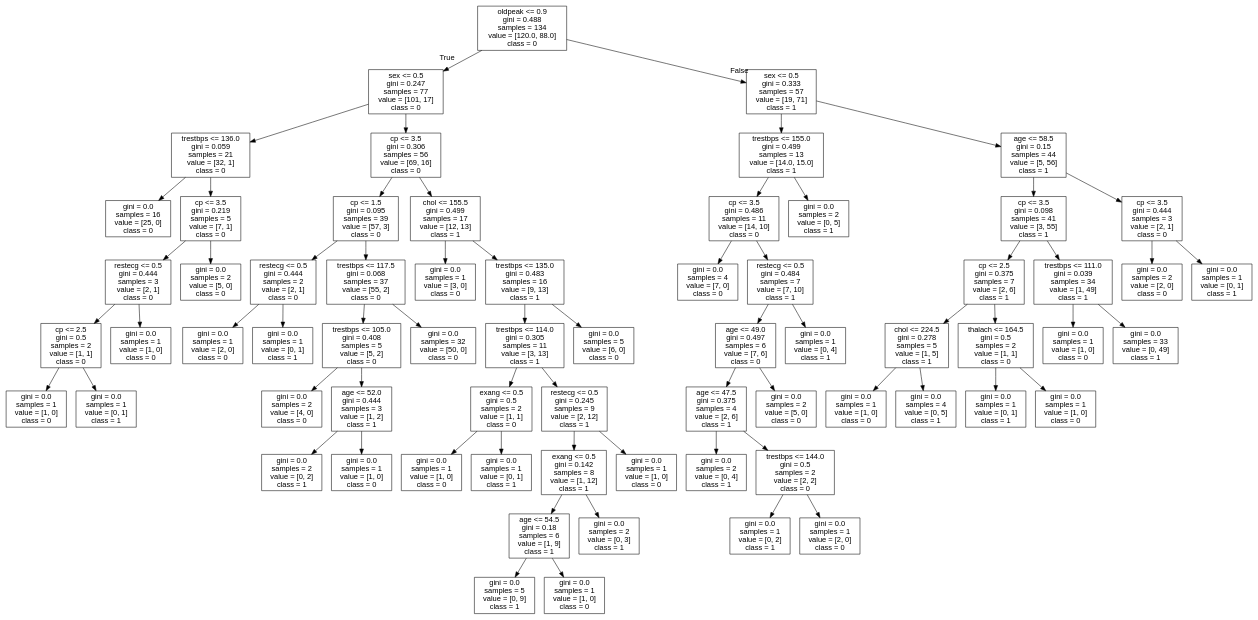
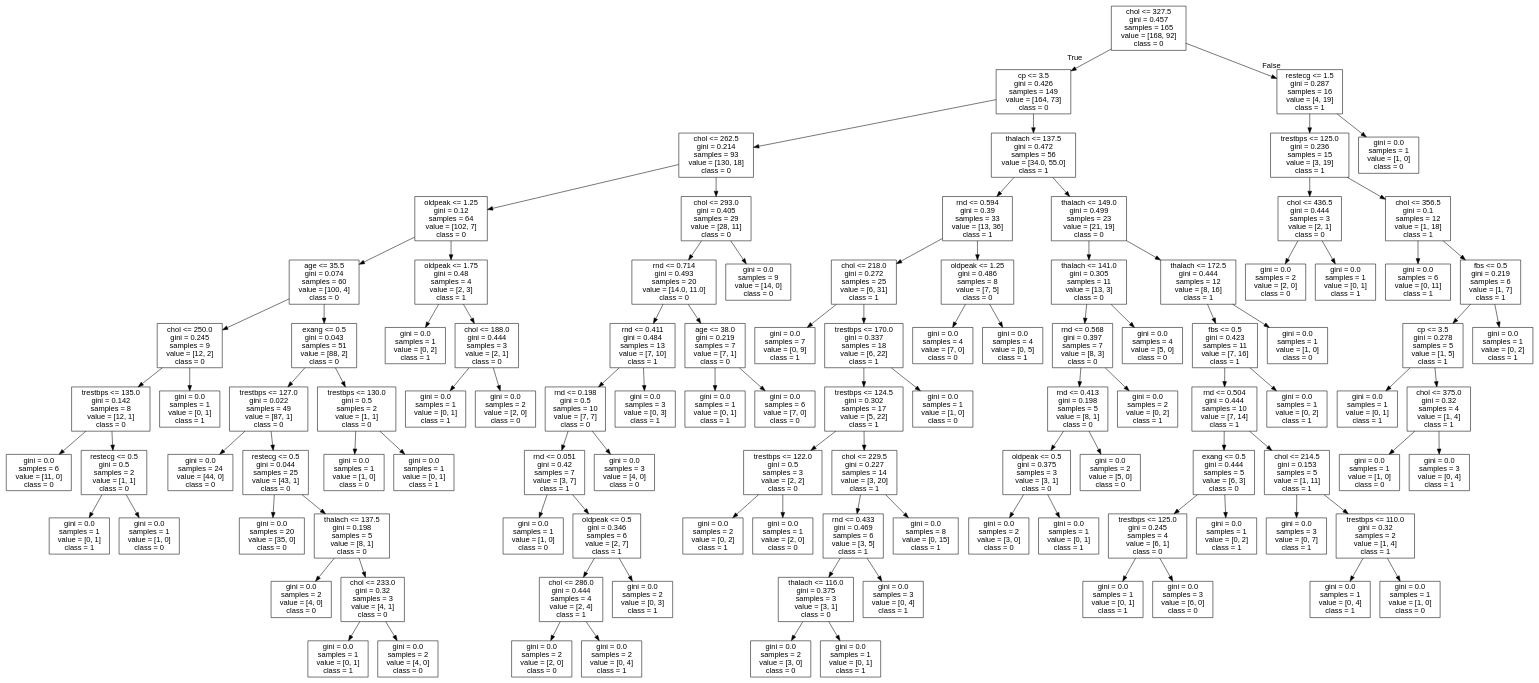
The diagram in data/heartdisease/tree.dot (cyrilvincent/ML), drawn with Graphviz before and after one commit. The commit also changed 2 other files, not shown here.

```diff
--- a/data/heartdisease/tree.dot
+++ b/data/heartdisease/tree.dot
@@ -1,137 +1,217 @@
 digraph Tree {
 node [shape=box, fontname="helvetica"] ;
 edge [fontname="helvetica"] ;
-0 [label="oldpeak <= 0.9\ngini = 0.488\nsamples = 134\nvalue = [120.0, 88.0]\nclass = 0"] ;
-1 [label="sex <= 0.5\ngini = 0.247\nsamples = 77\nvalue = [101, 17]\nclass = 0"] ;
+0 [label="chol <= 327.5\ngini = 0.457\nsamples = 165\nvalue = [168, 92]\nclass = 0"] ;
+1 [label="cp <= 3.5\ngini = 0.426\nsamples = 149\nvalue = [164, 73]\nclass = 0"] ;
 0 -> 1 [labeldistance=2.5, labelangle=45, headlabel="True"] ;
-2 [label="trestbps <= 136.0\ngini = 0.059\nsamples = 21\nvalue = [32, 1]\nclass = 0"] ;
+2 [label="chol <= 262.5\ngini = 0.214\nsamples = 93\nvalue = [130, 18]\nclass = 0"] ;
 1 -> 2 ;
-3 [label="gini = 0.0\nsamples = 16\nvalue = [25, 0]\nclass = 0"] ;
+3 [label="oldpeak <= 1.25\ngini = 0.12\nsamples = 64\nvalue = [102, 7]\nclass = 0"] ;
 2 -> 3 ;
-4 [label="cp <= 3.5\ngini = 0.219\nsamples = 5\nvalue = [7, 1]\nclass = 0"] ;
-2 -> 4 ;
-5 [label="restecg <= 0.5\ngini = 0.444\nsamples = 3\nvalue = [2, 1]\nclass = 0"] ;
+4 [label="age <= 35.5\ngini = 0.074\nsamples = 60\nvalue = [100, 4]\nclass = 0"] ;
+3 -> 4 ;
+5 [label="chol <= 250.0\ngini = 0.245\nsamples = 9\nvalue = [12, 2]\nclass = 0"] ;
 4 -> 5 ;
-6 [label="cp <= 2.5\ngini = 0.5\nsamples = 2\nvalue = [1, 1]\nclass = 0"] ;
+6 [label="trestbps <= 135.0\ngini = 0.142\nsamples = 8\nvalue = [12, 1]\nclass = 0"] ;
 5 -> 6 ;
-7 [label="gini = 0.0\nsamples = 1\nvalue = [1, 0]\nclass = 0"] ;
+7 [label="gini = 0.0\nsamples = 6\nvalue = [11, 0]\nclass = 0"] ;
 6 -> 7 ;
-8 [label="gini = 0.0\nsamples = 1\nvalue = [0, 1]\nclass = 1"] ;
+8 [label="restecg <= 0.5\ngini = 0.5\nsamples = 2\nvalue = [1, 1]\nclass = 0"] ;
 6 -> 8 ;
-9 [label="gini = 0.0\nsamples = 1\nvalue = [1, 0]\nclass = 0"] ;
-5 -> 9 ;
-10 [label="gini = 0.0\nsamples = 2\nvalue = [5, 0]\nclass = 0"] ;
-4 -> 10 ;
-11 [label="cp <= 3.5\ngini = 0.306\nsamples = 56\nvalue = [69, 16]\nclass = 0"] ;
-1 -> 11 ;
-12 [label="cp <= 1.5\ngini = 0.095\nsamples = 39\nvalue = [57, 3]\nclass = 0"] ;
-11 -> 12 ;
-13 [label="restecg <= 0.5\ngini = 0.444\nsamples = 2\nvalue = [2, 1]\nclass = 0"] ;
+9 [label="gini = 0.0\nsamples = 1\nvalue = [0, 1]\nclass = 1"] ;
+8 -> 9 ;
+10 [label="gini = 0.0\nsamples = 1\nvalue = [1, 0]\nclass = 0"] ;
+8 -> 10 ;
+11 [label="gini = 0.0\nsamples = 1\nvalue = [0, 1]\nclass = 1"] ;
+5 -> 11 ;
+12 [label="exang <= 0.5\ngini = 0.043\nsamples = 51\nvalue = [88, 2]\nclass = 0"] ;
+4 -> 12 ;
+13 [label="trestbps <= 127.0\ngini = 0.022\nsamples = 49\nvalue = [87, 1]\nclass = 0"] ;
 12 -> 13 ;
-14 [label="gini = 0.0\nsamples = 1\nvalue = [2, 0]\nclass = 0"] ;
+14 [label="gini = 0.0\nsamples = 24\nvalue = [44, 0]\nclass = 0"] ;
 13 -> 14 ;
-15 [label="gini = 0.0\nsamples = 1\nvalue = [0, 1]\nclass = 1"] ;
+15 [label="restecg <= 0.5\ngini = 0.044\nsamples = 25\nvalue = [43, 1]\nclass = 0"] ;
 13 -> 15 ;
-16 [label="trestbps <= 117.5\ngini = 0.068\nsamples = 37\nvalue = [55, 2]\nclass = 0"] ;
-12 -> 16 ;
-17 [label="trestbps <= 105.0\ngini = 0.408\nsamples = 5\nvalue = [5, 2]\nclass = 0"] ;
-16 -> 17 ;
+16 [label="gini = 0.0\nsamples = 20\nvalue = [35, 0]\nclass = 0"] ;
+15 -> 16 ;
+17 [label="thalach <= 137.5\ngini = 0.198\nsamples = 5\nvalue = [8, 1]\nclass = 0"] ;
+15 -> 17 ;
 18 [label="gini = 0.0\nsamples = 2\nvalue = [4, 0]\nclass = 0"] ;
 17 -> 18 ;
-19 [label="age <= 52.0\ngini = 0.444\nsamples = 3\nvalue = [1, 2]\nclass = 1"] ;
+19 [label="chol <= 233.0\ngini = 0.32\nsamples = 3\nvalue = [4, 1]\nclass = 0"] ;
 17 -> 19 ;
-20 [label="gini = 0.0\nsamples = 2\nvalue = [0, 2]\nclass = 1"] ;
+20 [label="gini = 0.0\nsamples = 1\nvalue = [0, 1]\nclass = 1"] ;
 19 -> 20 ;
-21 [label="gini = 0.0\nsamples = 1\nvalue = [1, 0]\nclass = 0"] ;
+21 [label="gini = 0.0\nsamples = 2\nvalue = [4, 0]\nclass = 0"] ;
 19 -> 21 ;
-22 [label="gini = 0.0\nsamples = 32\nvalue = [50, 0]\nclass = 0"] ;
-16 -> 22 ;
-23 [label="chol <= 155.5\ngini = 0.499\nsamples = 17\nvalue = [12, 13]\nclass = 1"] ;
-11 -> 23 ;
-24 [label="gini = 0.0\nsamples = 1\nvalue = [3, 0]\nclass = 0"] ;
-23 -> 24 ;
-25 [label="trestbps <= 135.0\ngini = 0.483\nsamples = 16\nvalue = [9, 13]\nclass = 1"] ;
-23 -> 25 ;
-26 [label="trestbps <= 114.0\ngini = 0.305\nsamples = 11\nvalue = [3, 13]\nclass = 1"] ;
+22 [label="trestbps <= 130.0\ngini = 0.5\nsamples = 2\nvalue = [1, 1]\nclass = 0"] ;
+12 -> 22 ;
+23 [label="gini = 0.0\nsamples = 1\nvalue = [1, 0]\nclass = 0"] ;
+22 -> 23 ;
+24 [label="gini = 0.0\nsamples = 1\nvalue = [0, 1]\nclass = 1"] ;
+22 -> 24 ;
+25 [label="oldpeak <= 1.75\ngini = 0.48\nsamples = 4\nvalue = [2, 3]\nclass = 1"] ;
+3 -> 25 ;
+26 [label="gini = 0.0\nsamples = 1\nvalue = [0, 2]\nclass = 1"] ;
 25 -> 26 ;
-27 [label="exang <= 0.5\ngini = 0.5\nsamples = 2\nvalue = [1, 1]\nclass = 0"] ;
-26 -> 27 ;
-28 [label="gini = 0.0\nsamples = 1\nvalue = [1, 0]\nclass = 0"] ;
+27 [label="chol <= 188.0\ngini = 0.444\nsamples = 3\nvalue = [2, 1]\nclass = 0"] ;
+25 -> 27 ;
+28 [label="gini = 0.0\nsamples = 1\nvalue = [0, 1]\nclass = 1"] ;
 27 -> 28 ;
-29 [label="gini = 0.0\nsamples = 1\nvalue = [0, 1]\nclass = 1"] ;
+29 [label="gini = 0.0\nsamples = 2\nvalue = [2, 0]\nclass = 0"] ;
 27 -> 29 ;
-30 [label="restecg <= 0.5\ngini = 0.245\nsamples = 9\nvalue = [2, 12]\nclass = 1"] ;
-26 -> 30 ;
-31 [label="exang <= 0.5\ngini = 0.142\nsamples = 8\nvalue = [1, 12]\nclass = 1"] ;
+30 [label="chol <= 293.0\ngini = 0.405\nsamples = 29\nvalue = [28, 11]\nclass = 0"] ;
+2 -> 30 ;
+31 [label="rnd <= 0.714\ngini = 0.493\nsamples = 20\nvalue = [14.0, 11.0]\nclass = 0"] ;
 30 -> 31 ;
-32 [label="age <= 54.5\ngini = 0.18\nsamples = 6\nvalue = [1, 9]\nclass = 1"] ;
+32 [label="rnd <= 0.411\ngini = 0.484\nsamples = 13\nvalue = [7, 10]\nclass = 1"] ;
 31 -> 32 ;
-33 [label="gini = 0.0\nsamples = 5\nvalue = [0, 9]\nclass = 1"] ;
+33 [label="rnd <= 0.198\ngini = 0.5\nsamples = 10\nvalue = [7, 7]\nclass = 0"] ;
 32 -> 33 ;
-34 [label="gini = 0.0\nsamples = 1\nvalue = [1, 0]\nclass = 0"] ;
-32 -> 34 ;
-35 [label="gini = 0.0\nsamples = 2\nvalue = [0, 3]\nclass = 1"] ;
-31 -> 35 ;
-36 [label="gini = 0.0\nsamples = 1\nvalue = [1, 0]\nclass = 0"] ;
-30 -> 36 ;
-37 [label="gini = 0.0\nsamples = 5\nvalue = [6, 0]\nclass = 0"] ;
-25 -> 37 ;
-38 [label="sex <= 0.5\ngini = 0.333\nsamples = 57\nvalue = [19, 71]\nclass = 1"] ;
-0 -> 38 [labeldistance=2.5, labelangle=-45, headlabel="False"] ;
-39 [label="trestbps <= 155.0\ngini = 0.499\nsamples = 13\nvalue = [14.0, 15.0]\nclass = 1"] ;
-38 -> 39 ;
-40 [label="cp <= 3.5\ngini = 0.486\nsamples = 11\nvalue = [14, 10]\nclass = 0"] ;
-39 -> 40 ;
-41 [label="gini = 0.0\nsamples = 4\nvalue = [7, 0]\nclass = 0"] ;
-40 -> 41 ;
-42 [label="restecg <= 0.5\ngini = 0.484\nsamples = 7\nvalue = [7, 10]\nclass = 1"] ;
-40 -> 42 ;
-43 [label="age <= 49.0\ngini = 0.497\nsamples = 6\nvalue = [7, 6]\nclass = 0"] ;
-42 -> 43 ;
-44 [label="age <= 47.5\ngini = 0.375\nsamples = 4\nvalue = [2, 6]\nclass = 1"] ;
+34 [label="rnd <= 0.051\ngini = 0.42\nsamples = 7\nvalue = [3, 7]\nclass = 1"] ;
+33 -> 34 ;
+35 [label="gini = 0.0\nsamples = 1\nvalue = [1, 0]\nclass = 0"] ;
+34 -> 35 ;
+36 [label="oldpeak <= 0.5\ngini = 0.346\nsamples = 6\nvalue = [2, 7]\nclass = 1"] ;
+34 -> 36 ;
+37 [label="chol <= 286.0\ngini = 0.444\nsamples = 4\nvalue = [2, 4]\nclass = 1"] ;
+36 -> 37 ;
+38 [label="gini = 0.0\nsamples = 2\nvalue = [2, 0]\nclass = 0"] ;
+37 -> 38 ;
+39 [label="gini = 0.0\nsamples = 2\nvalue = [0, 4]\nclass = 1"] ;
+37 -> 39 ;
+40 [label="gini = 0.0\nsamples = 2\nvalue = [0, 3]\nclass = 1"] ;
+36 -> 40 ;
+41 [label="gini = 0.0\nsamples = 3\nvalue = [4, 0]\nclass = 0"] ;
+33 -> 41 ;
+42 [label="gini = 0.0\nsamples = 3\nvalue = [0, 3]\nclass = 1"] ;
+32 -> 42 ;
+43 [label="age <= 38.0\ngini = 0.219\nsamples = 7\nvalue = [7, 1]\nclass = 0"] ;
+31 -> 43 ;
+44 [label="gini = 0.0\nsamples = 1\nvalue = [0, 1]\nclass = 1"] ;
 43 -> 44 ;
-45 [label="gini = 0.0\nsamples = 2\nvalue = [0, 4]\nclass = 1"] ;
-44 -> 45 ;
-46 [label="trestbps <= 144.0\ngini = 0.5\nsamples = 2\nvalue = [2, 2]\nclass = 0"] ;
-44 -> 46 ;
-47 [label="gini = 0.0\nsamples = 1\nvalue = [0, 2]\nclass = 1"] ;
-46 -> 47 ;
-48 [label="gini = 0.0\nsamples = 1\nvalue = [2, 0]\nclass = 0"] ;
-46 -> 48 ;
-49 [label="gini = 0.0\nsamples = 2\nvalue = [5, 0]\nclass = 0"] ;
-43 -> 49 ;
-50 [label="gini = 0.0\nsamples = 1\nvalue = [0, 4]\nclass = 1"] ;
-42 -> 50 ;
-51 [label="gini = 0.0\nsamples = 2\nvalue = [0, 5]\nclass = 1"] ;
-39 -> 51 ;
-52 [label="age <= 58.5\ngini = 0.15\nsamples = 44\nvalue = [5, 56]\nclass = 1"] ;
-38 -> 52 ;
-53 [label="cp <= 3.5\ngini = 0.098\nsamples = 41\nvalue = [3, 55]\nclass = 1"] ;
+45 [label="gini = 0.0\nsamples = 6\nvalue = [7, 0]\nclass = 0"] ;
+43 -> 45 ;
+46 [label="gini = 0.0\nsamples = 9\nvalue = [14, 0]\nclass = 0"] ;
+30 -> 46 ;
+47 [label="thalach <= 137.5\ngini = 0.472\nsamples = 56\nvalue = [34.0, 55.0]\nclass = 1"] ;
+1 -> 47 ;
+48 [label="rnd <= 0.594\ngini = 0.39\nsamples = 33\nvalue = [13, 36]\nclass = 1"] ;
+47 -> 48 ;
+49 [label="chol <= 218.0\ngini = 0.272\nsamples = 25\nvalue = [6, 31]\nclass = 1"] ;
+48 -> 49 ;
+50 [label="gini = 0.0\nsamples = 7\nvalue = [0, 9]\nclass = 1"] ;
+49 -> 50 ;
+51 [label="trestbps <= 170.0\ngini = 0.337\nsamples = 18\nvalue = [6, 22]\nclass = 1"] ;
+49 -> 51 ;
+52 [label="trestbps <= 124.5\ngini = 0.302\nsamples = 17\nvalue = [5, 22]\nclass = 1"] ;
+51 -> 52 ;
+53 [label="trestbps <= 122.0\ngini = 0.5\nsamples = 3\nvalue = [2, 2]\nclass = 0"] ;
 52 -> 53 ;
-54 [label="cp <= 2.5\ngini = 0.375\nsamples = 7\nvalue = [2, 6]\nclass = 1"] ;
+54 [label="gini = 0.0\nsamples = 2\nvalue = [0, 2]\nclass = 1"] ;
 53 -> 54 ;
-55 [label="chol <= 224.5\ngini = 0.278\nsamples = 5\nvalue = [1, 5]\nclass = 1"] ;
-54 -> 55 ;
-56 [label="gini = 0.0\nsamples = 1\nvalue = [1, 0]\nclass = 0"] ;
-55 -> 56 ;
-57 [label="gini = 0.0\nsamples = 4\nvalue = [0, 5]\nclass = 1"] ;
-55 -> 57 ;
-58 [label="thalach <= 164.5\ngini = 0.5\nsamples = 2\nvalue = [1, 1]\nclass = 0"] ;
-54 -> 58 ;
-59 [label="gini = 0.0\nsamples = 1\nvalue = [0, 1]\nclass = 1"] ;
+55 [label="gini = 0.0\nsamples = 1\nvalue = [2, 0]\nclass = 0"] ;
+53 -> 55 ;
+56 [label="chol <= 229.5\ngini = 0.227\nsamples = 14\nvalue = [3, 20]\nclass = 1"] ;
+52 -> 56 ;
+57 [label="rnd <= 0.433\ngini = 0.469\nsamples = 6\nvalue = [3, 5]\nclass = 1"] ;
+56 -> 57 ;
+58 [label="thalach <= 116.0\ngini = 0.375\nsamples = 3\nvalue = [3, 1]\nclass = 0"] ;
+57 -> 58 ;
+59 [label="gini = 0.0\nsamples = 2\nvalue = [3, 0]\nclass = 0"] ;
 58 -> 59 ;
-60 [label="gini = 0.0\nsamples = 1\nvalue = [1, 0]\nclass = 0"] ;
+60 [label="gini = 0.0\nsamples = 1\nvalue = [0, 1]\nclass = 1"] ;
 58 -> 60 ;
-61 [label="trestbps <= 111.0\ngini = 0.039\nsamples = 34\nvalue = [1, 49]\nclass = 1"] ;
-53 -> 61 ;
-62 [label="gini = 0.0\nsamples = 1\nvalue = [1, 0]\nclass = 0"] ;
-61 -> 62 ;
-63 [label="gini = 0.0\nsamples = 33\nvalue = [0, 49]\nclass = 1"] ;
-61 -> 63 ;
-64 [label="cp <= 3.5\ngini = 0.444\nsamples = 3\nvalue = [2, 1]\nclass = 0"] ;
-52 -> 64 ;
-65 [label="gini = 0.0\nsamples = 2\nvalue = [2, 0]\nclass = 0"] ;
+61 [label="gini = 0.0\nsamples = 3\nvalue = [0, 4]\nclass = 1"] ;
+57 -> 61 ;
+62 [label="gini = 0.0\nsamples = 8\nvalue = [0, 15]\nclass = 1"] ;
+56 -> 62 ;
+63 [label="gini = 0.0\nsamples = 1\nvalue = [1, 0]\nclass = 0"] ;
+51 -> 63 ;
+64 [label="oldpeak <= 1.25\ngini = 0.486\nsamples = 8\nvalue = [7, 5]\nclass = 0"] ;
+48 -> 64 ;
+65 [label="gini = 0.0\nsamples = 4\nvalue = [7, 0]\nclass = 0"] ;
 64 -> 65 ;
-66 [label="gini = 0.0\nsamples = 1\nvalue = [0, 1]\nclass = 1"] ;
+66 [label="gini = 0.0\nsamples = 4\nvalue = [0, 5]\nclass = 1"] ;
 64 -> 66 ;
+67 [label="thalach <= 149.0\ngini = 0.499\nsamples = 23\nvalue = [21, 19]\nclass = 0"] ;
+47 -> 67 ;
+68 [label="thalach <= 141.0\ngini = 0.305\nsamples = 11\nvalue = [13, 3]\nclass = 0"] ;
+67 -> 68 ;
+69 [label="rnd <= 0.568\ngini = 0.397\nsamples = 7\nvalue = [8, 3]\nclass = 0"] ;
+68 -> 69 ;
+70 [label="rnd <= 0.413\ngini = 0.198\nsamples = 5\nvalue = [8, 1]\nclass = 0"] ;
+69 -> 70 ;
+71 [label="oldpeak <= 0.5\ngini = 0.375\nsamples = 3\nvalue = [3, 1]\nclass = 0"] ;
+70 -> 71 ;
+72 [label="gini = 0.0\nsamples = 2\nvalue = [3, 0]\nclass = 0"] ;
+71 -> 72 ;
+73 [label="gini = 0.0\nsamples = 1\nvalue = [0, 1]\nclass = 1"] ;
+71 -> 73 ;
+74 [label="gini = 0.0\nsamples = 2\nvalue = [5, 0]\nclass = 0"] ;
+70 -> 74 ;
+75 [label="gini = 0.0\nsamples = 2\nvalue = [0, 2]\nclass = 1"] ;
+69 -> 75 ;
+76 [label="gini = 0.0\nsamples = 4\nvalue = [5, 0]\nclass = 0"] ;
+68 -> 76 ;
+77 [label="thalach <= 172.5\ngini = 0.444\nsamples = 12\nvalue = [8, 16]\nclass = 1"] ;
+67 -> 77 ;
+78 [label="fbs <= 0.5\ngini = 0.423\nsamples = 11\nvalue = [7, 16]\nclass = 1"] ;
+77 -> 78 ;
+79 [label="rnd <= 0.504\ngini = 0.444\nsamples = 10\nvalue = [7, 14]\nclass = 1"] ;
+78 -> 79 ;
+80 [label="exang <= 0.5\ngini = 0.444\nsamples = 5\nvalue = [6, 3]\nclass = 0"] ;
+79 -> 80 ;
+81 [label="trestbps <= 125.0\ngini = 0.245\nsamples = 4\nvalue = [6, 1]\nclass = 0"] ;
+80 -> 81 ;
+82 [label="gini = 0.0\nsamples = 1\nvalue = [0, 1]\nclass = 1"] ;
+81 -> 82 ;
+83 [label="gini = 0.0\nsamples = 3\nvalue = [6, 0]\nclass = 0"] ;
+81 -> 83 ;
+84 [label="gini = 0.0\nsamples = 1\nvalue = [0, 2]\nclass = 1"] ;
+80 -> 84 ;
+85 [label="chol <= 214.5\ngini = 0.153\nsamples = 5\nvalue = [1, 11]\nclass = 1"] ;
+79 -> 85 ;
+86 [label="gini = 0.0\nsamples = 3\nvalue = [0, 7]\nclass = 1"] ;
+85 -> 86 ;
+87 [label="trestbps <= 110.0\ngini = 0.32\nsamples = 2\nvalue = [1, 4]\nclass = 1"] ;
+85 -> 87 ;
+88 [label="gini = 0.0\nsamples = 1\nvalue = [0, 4]\nclass = 1"] ;
+87 -> 88 ;
+89 [label="gini = 0.0\nsamples = 1\nvalue = [1, 0]\nclass = 0"] ;
+87 -> 89 ;
+90 [label="gini = 0.0\nsamples = 1\nvalue = [0, 2]\nclass = 1"] ;
+78 -> 90 ;
+91 [label="gini = 0.0\nsamples = 1\nvalue = [1, 0]\nclass = 0"] ;
+77 -> 91 ;
+92 [label="restecg <= 1.5\ngini = 0.287\nsamples = 16\nvalue = [4, 19]\nclass = 1"] ;
+0 -> 92 [labeldistance=2.5, labelangle=-45, headlabel="False"] ;
+93 [label="trestbps <= 125.0\ngini = 0.236\nsamples = 15\nvalue = [3, 19]\nclass = 1"] ;
+92 -> 93 ;
+94 [label="chol <= 436.5\ngini = 0.444\nsamples = 3\nvalue = [2, 1]\nclass = 0"] ;
+93 -> 94 ;
+95 [label="gini = 0.0\nsamples = 2\nvalue = [2, 0]\nclass = 0"] ;
+94 -> 95 ;
+96 [label="gini = 0.0\nsamples = 1\nvalue = [0, 1]\nclass = 1"] ;
+94 -> 96 ;
+97 [label="chol <= 356.5\ngini = 0.1\nsamples = 12\nvalue = [1, 18]\nclass = 1"] ;
+93 -> 97 ;
+98 [label="gini = 0.0\nsamples = 6\nvalue = [0, 11]\nclass = 1"] ;
+97 -> 98 ;
+99 [label="fbs <= 0.5\ngini = 0.219\nsamples = 6\nvalue = [1, 7]\nclass = 1"] ;
+97 -> 99 ;
+100 [label="cp <= 3.5\ngini = 0.278\nsamples = 5\nvalue = [1, 5]\nclass = 1"] ;
+99 -> 100 ;
+101 [label="gini = 0.0\nsamples = 1\nvalue = [0, 1]\nclass = 1"] ;
+100 -> 101 ;
+102 [label="chol <= 375.0\ngini = 0.32\nsamples = 4\nvalue = [1, 4]\nclass = 1"] ;
+100 -> 102 ;
+103 [label="gini = 0.0\nsamples = 1\nvalue = [1, 0]\nclass = 0"] ;
+102 -> 103 ;
+104 [label="gini = 0.0\nsamples = 3\nvalue = [0, 4]\nclass = 1"] ;
+102 -> 104 ;
+105 [label="gini = 0.0\nsamples = 1\nvalue = [0, 2]\nclass = 1"] ;
+99 -> 105 ;
+106 [label="gini = 0.0\nsamples = 1\nvalue = [1, 0]\nclass = 0"] ;
+92 -> 106 ;
 }
```
